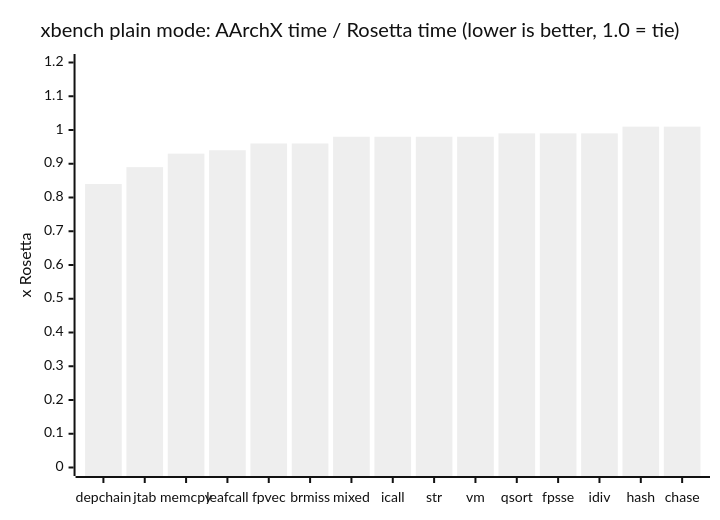
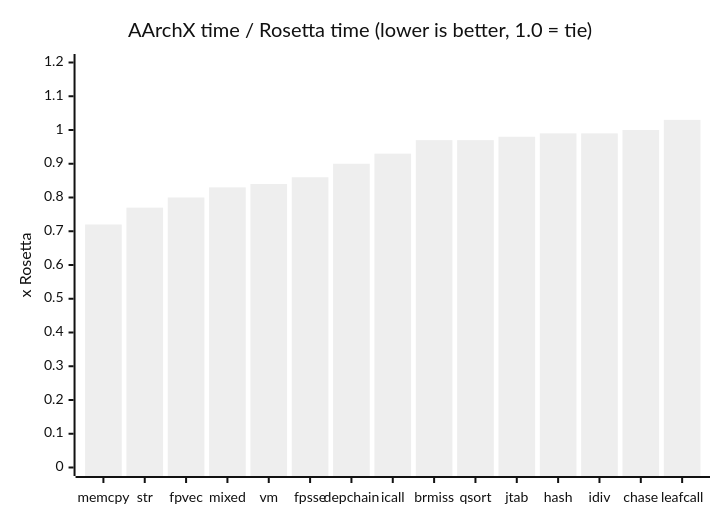
One commit to mont127/AArchX changed the diagram in README.md. Above: the diagram before and after it, drawn with Mermaid (neutral theme). The commit also changed other lines of this file and 9 other files, not shown here.

````diff
--- a/README.md
+++ b/README.md
@@ -223,7 +102,7 @@
 ```mermaid
 xychart-beta
-    title "xbench plain mode: AArchX time / Rosetta time (lower is better, 1.0 = tie)"
-    x-axis [depchain, jtab, memcpy, leafcall, fpvec, brmiss, mixed, icall, str, vm, qsort, fpsse, idiv, hash, chase]
+    title "AArchX time / Rosetta time (lower is better, 1.0 = tie)"
+    x-axis [memcpy, str, fpvec, mixed, vm, fpsse, depchain, icall, brmiss, qsort, jtab, hash, idiv, chase, leafcall]
     y-axis "x Rosetta" 0 --> 1.2
-    bar [0.84, 0.89, 0.93, 0.94, 0.96, 0.96, 0.98, 0.98, 0.98, 0.98, 0.99, 0.99, 0.99, 1.01, 1.01]
+    bar [0.72, 0.77, 0.80, 0.83, 0.84, 0.86, 0.90, 0.93, 0.97, 0.97, 0.98, 0.99, 0.99, 1.00, 1.03]
 ```
````
